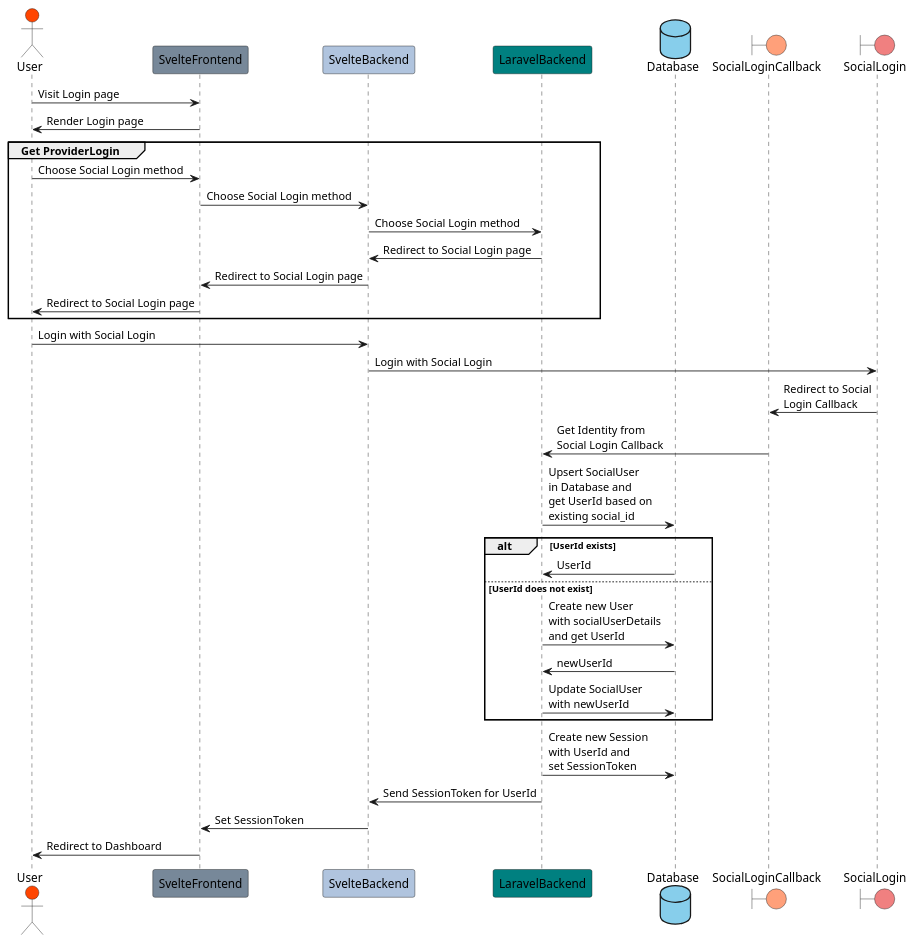
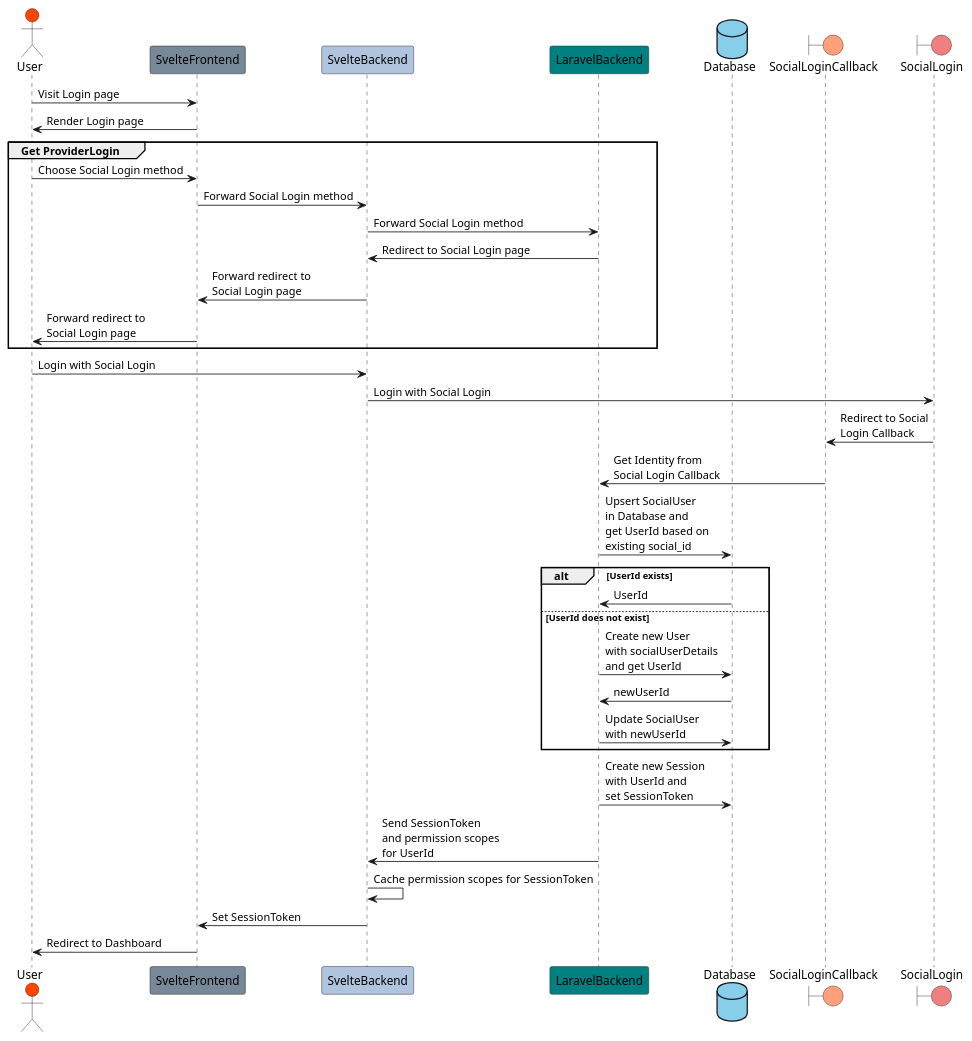
The diagram in diagrams/authentication.plantuml (aoe-elo/docs), drawn with PlantUML before and after one commit. The commit also changed 1 other file, not shown here.

Commit message:
docs(auth): iterate on authentication sequence diagram draft

```diff
--- a/diagrams/authentication.plantuml
+++ b/diagrams/authentication.plantuml
@@ -1,40 +1,41 @@
 @startuml Authentication Sequence Diagram
 actor User #OrangeRed
 participant SvelteFrontend #LightSlateGrey
 participant SvelteBackend #LightSteelBlue
 participant LaravelBackend #Teal
 database Database #SkyBlue
 boundary SocialLoginCallback #LightSalmon
 boundary SocialLogin #LightCoral
 
 
 User -> SvelteFrontend: Visit Login page
 SvelteFrontend -> User: Render Login page
 
 group Get ProviderLogin
 User -> SvelteFrontend: Choose Social Login method
-SvelteFrontend -> SvelteBackend: Choose Social Login method
-SvelteBackend -> LaravelBackend: Choose Social Login method
+SvelteFrontend -> SvelteBackend: Forward Social Login method
+SvelteBackend -> LaravelBackend: Forward Social Login method
 LaravelBackend -> SvelteBackend: Redirect to Social Login page
-SvelteBackend -> SvelteFrontend: Redirect to Social Login page
-SvelteFrontend -> User: Redirect to Social Login page
+SvelteBackend -> SvelteFrontend: Forward redirect to\nSocial Login page
+SvelteFrontend -> User: Forward redirect to\nSocial Login page
 end
 
 User -> SvelteBackend: Login with Social Login
 SvelteBackend -> SocialLogin: Login with Social Login
 SocialLogin -> SocialLoginCallback: Redirect to Social\nLogin Callback
 SocialLoginCallback -> LaravelBackend: Get Identity from\nSocial Login Callback
 
 LaravelBackend -> Database: Upsert SocialUser\nin Database and\nget UserId based on\nexisting social_id 
 alt UserId exists
     Database -> LaravelBackend: UserId
 else UserId does not exist
     LaravelBackend -> Database: Create new User\nwith socialUserDetails\nand get UserId
     Database -> LaravelBackend: newUserId
     LaravelBackend -> Database: Update SocialUser\nwith newUserId
 end
 LaravelBackend -> Database: Create new Session\nwith UserId and\nset SessionToken
-LaravelBackend -> SvelteBackend: Send SessionToken for UserId
+LaravelBackend -> SvelteBackend: Send SessionToken\nand permission scopes\nfor UserId
+SvelteBackend -> SvelteBackend: Cache permission scopes for SessionToken
 SvelteBackend -> SvelteFrontend: Set SessionToken
 SvelteFrontend -> User: Redirect to Dashboard
 @enduml
```
